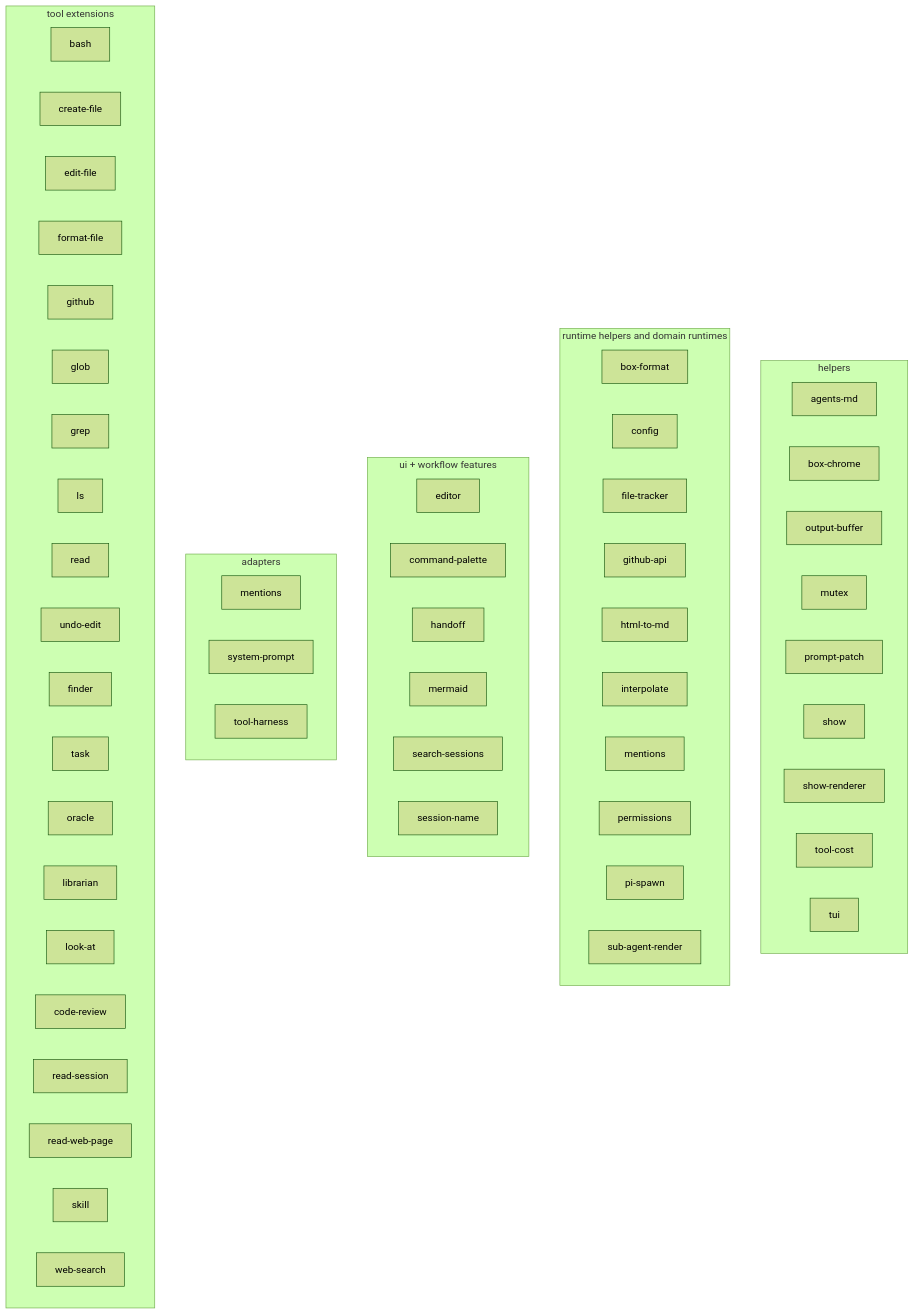
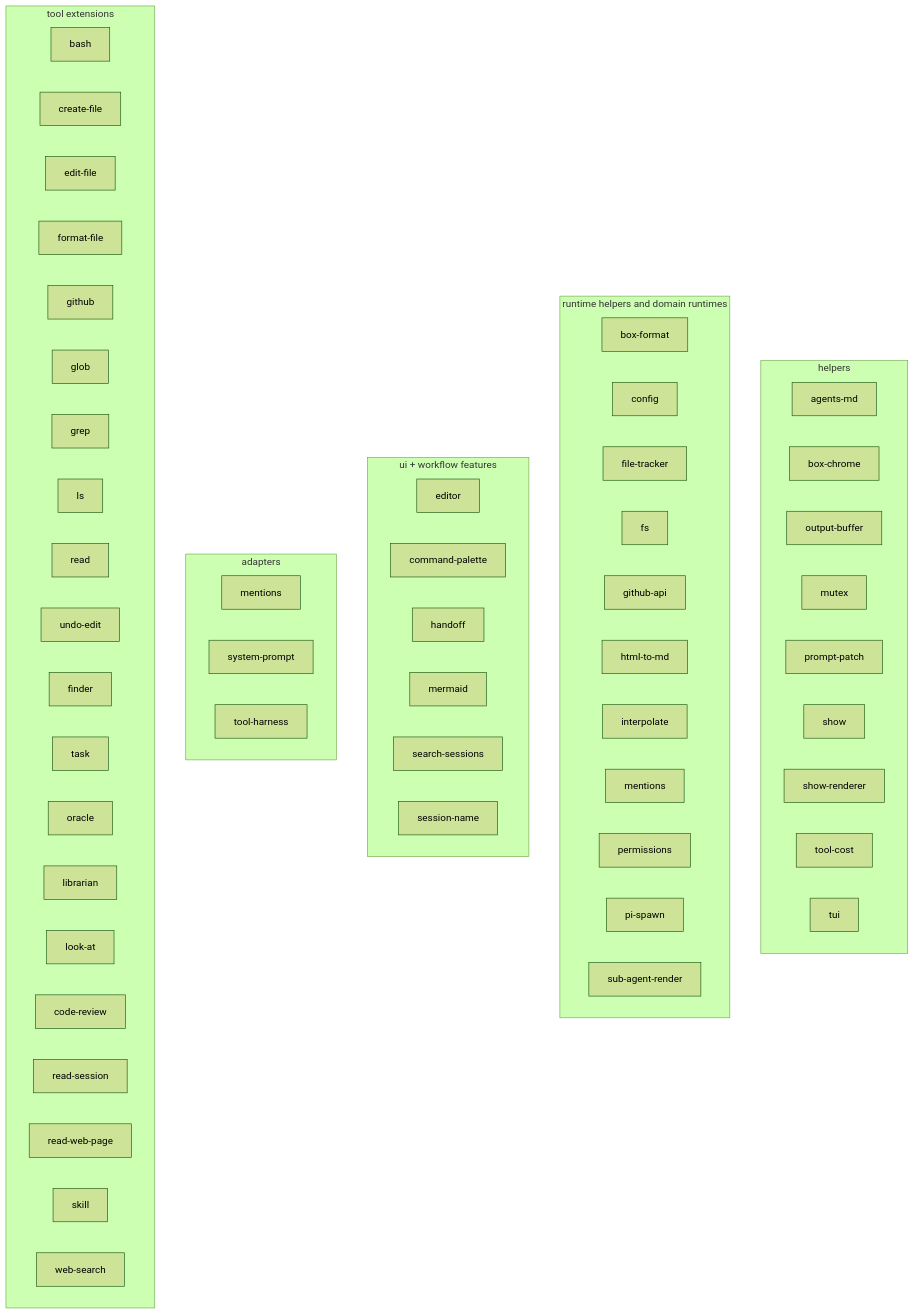
One commit to bdsqqq/dots changed the first of 8 diagrams in user/pi/PACKAGE-GRAPH.md. Above: the diagram before and after it, drawn with Mermaid (forest theme). The commit also changed other lines of this file and 24 other files, not shown here.

````diff
--- a/user/pi/PACKAGE-GRAPH.md
+++ b/user/pi/PACKAGE-GRAPH.md
@@ -80,65 +81,66 @@
 ```mermaid
 flowchart TB
   subgraph helpers[helpers]
     agents[agents-md]
     boxchrome[box-chrome]
     outbuf[output-buffer]
     mutex[mutex]
     patch[prompt-patch]
     show[show]
     showr[show-renderer]
     cost[tool-cost]
     tui[tui]
   end
 
   subgraph runtimes[runtime helpers and domain runtimes]
     boxfmt[box-format]
     cfg[config]
     track[file-tracker]
+    fscore[fs]
     ghapi[github-api]
     html[html-to-md]
     interp[interpolate]
     mentionscore[mentions]
     perms[permissions]
     spawn[pi-spawn]
     sar[sub-agent-render]
   end
 
   subgraph uiandfeatures[ui + workflow features]
     editor[editor]
     palette[command-palette]
     handoff[handoff]
     mermaid[mermaid]
     sessions[search-sessions]
     sname[session-name]
   end
 
   subgraph adapters[adapters]
     mentionsx[mentions]
     sysp[system-prompt]
     harness[tool-harness]
   end
 
   subgraph tools[tool extensions]
     bash[bash]
     create[create-file]
     edit[edit-file]
     format[format-file]
     gh[github]
     glob[glob]
     grep[grep]
     ls[ls]
     read[read]
     undo[undo-edit]
     finder[finder]
     task[task]
     oracle[oracle]
     librarian[librarian]
     look[look-at]
     review[code-review]
     rsession[read-session]
     rweb[read-web-page]
     skill[skill]
     wsearch[web-search]
   end
 ```
````
